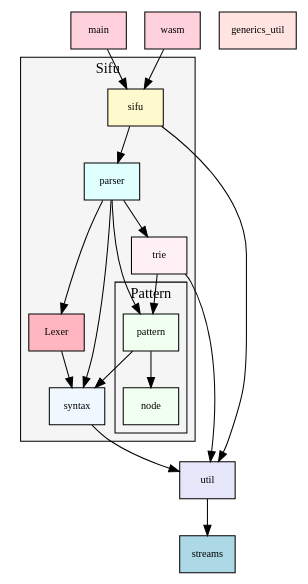
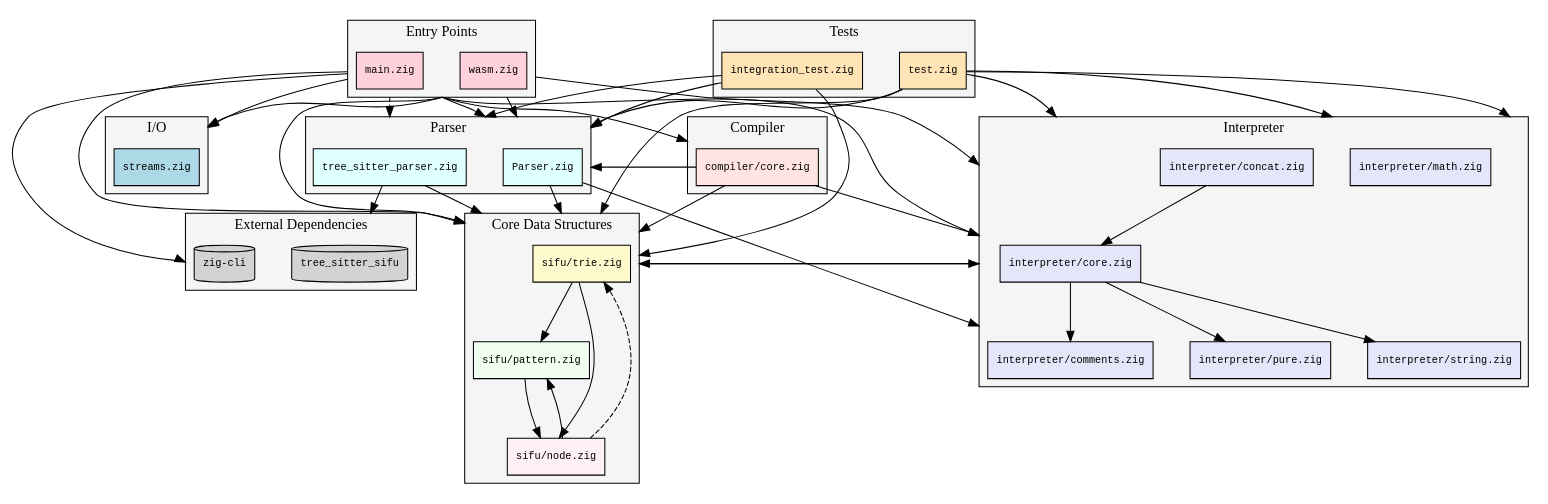
The diagram in Docs/dependency-graph.gv (hugh-fox/Sifu), drawn with Graphviz before and after one commit. The commit also changed 1 other file, not shown here.

Commit message:
Update dependency graph

```diff
--- a/Docs/dependency-graph.gv
+++ b/Docs/dependency-graph.gv
@@ -1,62 +1,125 @@
 digraph SifuProject {
-    node [style=filled, shape="rectangle" fontname="Maple Mono", fontsize=10];
-    // Entry points
-    main [fillcolor="#FFD1DC", label="main"];
-    wasm [fillcolor="#FFD1DC", label="wasm"];
+    compound=true;
+    graph [overlap=false, splines=true, sep="+0.5", nodesep=0.5, ranksep=0.8];
+    node [style=filled, shape="rectangle", fontname="Monospace", fontsize=10];
 
-    // Core module
-    sifu [fillcolor="#FFFACD", label="sifu"];
-
-    // Utilities
-    util [fillcolor="#E6E6FA", label="util"];
-    streams [fillcolor="#ADD8E6", label="streams"];
-    generics_util [fillcolor="#FFE4E1", label="generics_util"];
-
-    // Core components
-    lexer [fillcolor="#FFB6C1", label="Lexer"];
-    parser [fillcolor="#E0FFFF", label="parser"];
-    pattern [fillcolor="#F0FFF0", label="pattern"];
-    syntax [fillcolor="#F0F8FF", label="syntax"];
-    trie [fillcolor="#FFF0F5", label="trie"];
-
-    // Pattern sub-node
-    pattern_node [fillcolor="#F0FFF0", label="node"];
-
-    // Dependencies
-    main -> sifu;
-    wasm -> sifu;
-    sifu -> util;
-    sifu -> parser;
-    util -> streams;
-    lexer -> syntax;
-    parser -> lexer;
-    parser -> trie;
-    parser -> pattern;
-    parser -> syntax;
-    trie -> pattern;
-    pattern -> syntax;
-    pattern -> pattern_node;
-    syntax -> util;
-    trie -> util;
-
-    // Group for sifu-related nodes
-    subgraph cluster_sifu {
-        label = "Sifu";
-        style = filled;
-        fillcolor = "#F5F5F5";
-        
-        sifu;
-        parser;
-        lexer;
-        syntax;
-        trie;
-
-        subgraph cluster_pattern {
-        label = "Pattern";
-        pattern_node;
-        pattern;
-        }
+    subgraph cluster_entry {
+        label = "Entry Points";
+        style = filled; fillcolor = "#F5F5F5";
+        main  [fillcolor="#FFD1DC", label="main.zig"];
+        wasm  [fillcolor="#FFD1DC", label="wasm.zig"];
     }
 
+    subgraph cluster_parser {
+        label = "Parser";
+        style = filled; fillcolor = "#F5F5F5";
+        parser [fillcolor="#E0FFFF", label="Parser.zig"];
+        ts     [fillcolor="#E0FFFF", label="tree_sitter_parser.zig"];
+    }
 
+    subgraph cluster_core {
+        label = "Core Data Structures";
+        style = filled; fillcolor = "#F5F5F5";
+        trie    [fillcolor="#FFFACD", label="sifu/trie.zig"];
+        pattern [fillcolor="#F0FFF0", label="sifu/pattern.zig"];
+        "node"  [fillcolor="#FFF0F5", label="sifu/node.zig"];
+    }
+
+    subgraph cluster_interp {
+        label = "Interpreter";
+        style = filled; fillcolor = "#F5F5F5";
+        core     [fillcolor="#E6E6FA", label="interpreter/core.zig"];
+        pure     [fillcolor="#E6E6FA", label="interpreter/pure.zig"];
+        comments [fillcolor="#E6E6FA", label="interpreter/comments.zig"];
+        string   [fillcolor="#E6E6FA", label="interpreter/string.zig"];
+        math     [fillcolor="#E6E6FA", label="interpreter/math.zig"];
+        concat   [fillcolor="#E6E6FA", label="interpreter/concat.zig"];
+    }
+
+    subgraph cluster_compiler {
+        label = "Compiler";
+        style = filled; fillcolor = "#F5F5F5";
+        compiler [fillcolor="#FFE4E1", label="compiler/core.zig"];
+    }
+
+    subgraph cluster_io {
+        label = "I/O";
+        style = filled; fillcolor = "#F5F5F5";
+        streams [fillcolor="#ADD8E6", label="streams.zig"];
+    }
+
+    subgraph cluster_external {
+        label = "External Dependencies";
+        style = filled; fillcolor = "#F5F5F5";
+        cli     [fillcolor="#D3D3D3", label="zig-cli", shape="cylinder"];
+        sifu_ts [fillcolor="#D3D3D3", label="tree_sitter_sifu", shape="cylinder"];
+    }
+
+    subgraph cluster_test {
+        label = "Tests";
+        style = filled; fillcolor = "#F5F5F5";
+        test        [fillcolor="#FFE4B5", label="test.zig"];
+        integration [fillcolor="#FFE4B5", label="integration_test.zig"];
+    }
+
+    // ── Internal edges ──
+
+    // Core triangular deps
+    trie -> "node";
+    trie -> pattern;
+    pattern -> "node";
+    "node" -> pattern;
+    "node" -> trie [style="dashed"];
+
+    // Interpreter internal
+    core -> pure;
+    core -> comments;
+    core -> string;
+    concat -> core;
+
+    // ── Cross-cluster edges ──
+
+    // Entry → Parser
+    main -> parser [ltail=cluster_entry, lhead=cluster_parser];
+    main -> ts [style="dashed", ltail=cluster_entry, lhead=cluster_parser];
+
+    // Entry → everything else
+    main -> trie     [ltail=cluster_entry, lhead=cluster_core];
+    main -> core     [ltail=cluster_entry, lhead=cluster_interp];
+    main -> streams  [ltail=cluster_entry, lhead=cluster_io];
+    main -> compiler [ltail=cluster_entry, lhead=cluster_compiler];
+    main -> cli      [ltail=cluster_entry, lhead=cluster_external];
+
+    wasm -> parser   [ltail=cluster_entry, lhead=cluster_parser];
+    wasm -> trie     [ltail=cluster_entry, lhead=cluster_core];
+    wasm -> core     [ltail=cluster_entry, lhead=cluster_interp];
+    wasm -> streams  [ltail=cluster_entry, lhead=cluster_io];
+
+    // Parser → Core / Interpreter
+    parser    -> trie   [lhead=cluster_core];
+    parser    -> comments [lhead=cluster_interp];
+
+    // tree-sitter parser → Core / External
+    ts        -> trie    [lhead=cluster_core];
+    ts        -> sifu_ts [lhead=cluster_external];
+
+    // Core ↔ Interpreter
+    trie -> core [ltail=cluster_core, lhead=cluster_interp];
+    core -> trie [ltail=cluster_interp, lhead=cluster_core];
+
+    // Compiler → everything
+    compiler -> parser [lhead=cluster_parser];
+    compiler -> trie   [lhead=cluster_core];
+    compiler -> core   [lhead=cluster_interp];
+
+    // Test → everything
+    test        -> parser [lhead=cluster_parser];
+    test        -> trie   [lhead=cluster_core];
+    test        -> core   [lhead=cluster_interp];
+    test        -> string [lhead=cluster_interp];
+    test        -> math   [lhead=cluster_interp];
+
+    integration -> parser [lhead=cluster_parser];
+    integration -> trie   [lhead=cluster_core];
+    integration -> ts     [lhead=cluster_parser];
 }
```
